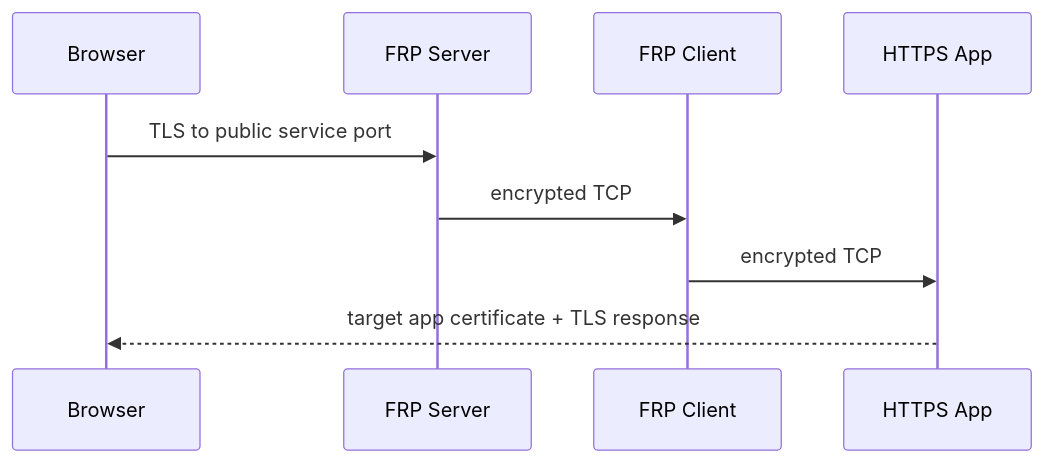
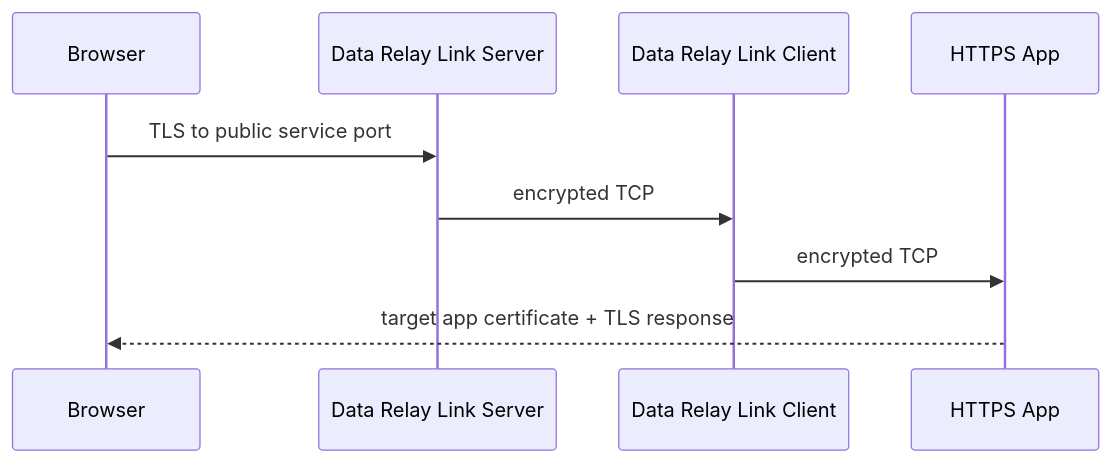
One commit to datarelay-labs/data-relay-link-docs changed the second of 3 diagrams in ko/guides/http-https.mdx. Above: the diagram before and after it, drawn with Mermaid. The commit also changed other lines of this file and 32 other files, not shown here.

````diff
--- a/ko/guides/http-https.mdx
+++ b/ko/guides/http-https.mdx
@@ -29,12 +29,12 @@
 ```mermaid
 sequenceDiagram
     participant B as Browser
-    participant S as FRP Server
-    participant C as FRP Client
+    participant S as Data Relay Link Server
+    participant C as Data Relay Link Client
     participant W as HTTPS App
 
     B->>S: TLS to public service port
     S->>C: encrypted TCP
     C->>W: encrypted TCP
     W-->>B: target app certificate + TLS response
 ```
````
